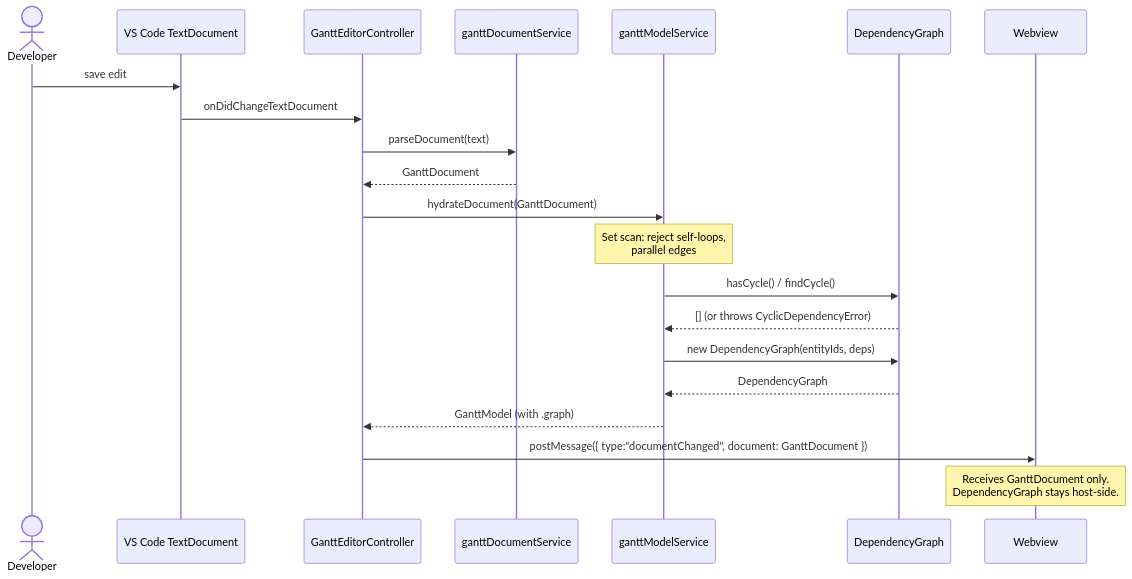
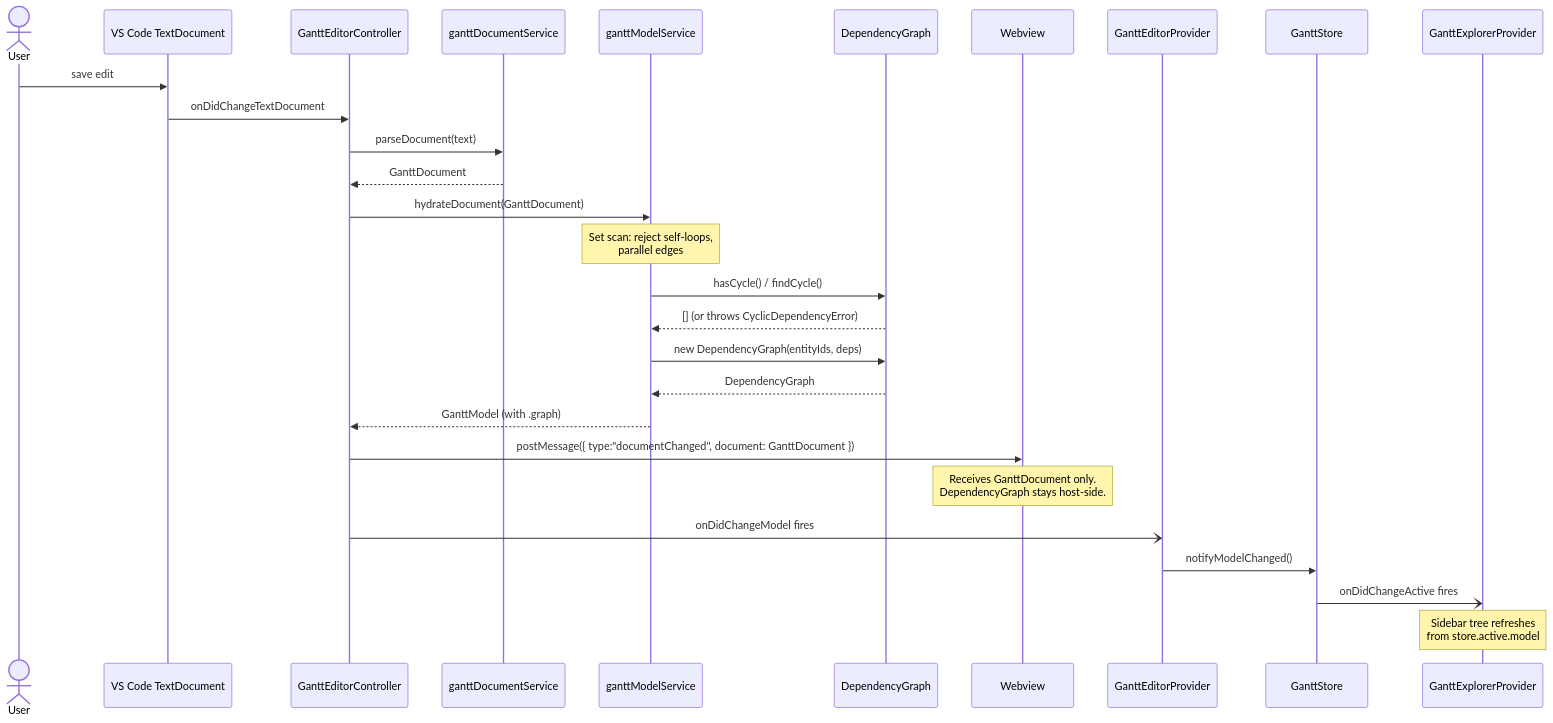
One commit to sergehas/ganttee changed the second of 3 diagrams in docs/documentation/gantt-model-hydration.md. Above: the diagram before and after it, drawn with Mermaid. The commit also changed 10 other files, not shown here.

````diff
--- a/docs/documentation/gantt-model-hydration.md
+++ b/docs/documentation/gantt-model-hydration.md
@@ -82,27 +82,35 @@
 ```mermaid
 sequenceDiagram
-    actor Dev as Developer
+    actor User
     participant VSC as VS Code TextDocument
     participant Ctrl as GanttEditorController
     participant Parse as ganttDocumentService
     participant Hydrate as ganttModelService
     participant DG as DependencyGraph
     participant WV as Webview
+    participant Prov as GanttEditorProvider
+    participant Store as GanttStore
+    participant Tree as GanttExplorerProvider
 
-    Dev->>VSC: save edit
+    User->>VSC: save edit
     VSC->>Ctrl: onDidChangeTextDocument
 
     Ctrl->>Parse: parseDocument(text)
     Parse-->>Ctrl: GanttDocument
 
     Ctrl->>Hydrate: hydrateDocument(GanttDocument)
     Note over Hydrate: Set scan: reject self-loops,<br/>parallel edges
     Hydrate->>DG: hasCycle() / findCycle()
     DG-->>Hydrate: [] (or throws CyclicDependencyError)
     Hydrate->>DG: new DependencyGraph(entityIds, deps)
     DG-->>Hydrate: DependencyGraph
     Hydrate-->>Ctrl: GanttModel (with .graph)
 
     Ctrl->>WV: postMessage({ type:"documentChanged", document: GanttDocument })
     Note over WV: Receives GanttDocument only.<br/>DependencyGraph stays host-side.
+
+    Ctrl-)Prov: onDidChangeModel fires
+    Prov->>Store: notifyModelChanged()
+    Store-)Tree: onDidChangeActive fires
+    Note over Tree: Sidebar tree refreshes<br/>from store.active.model
 ```
````
